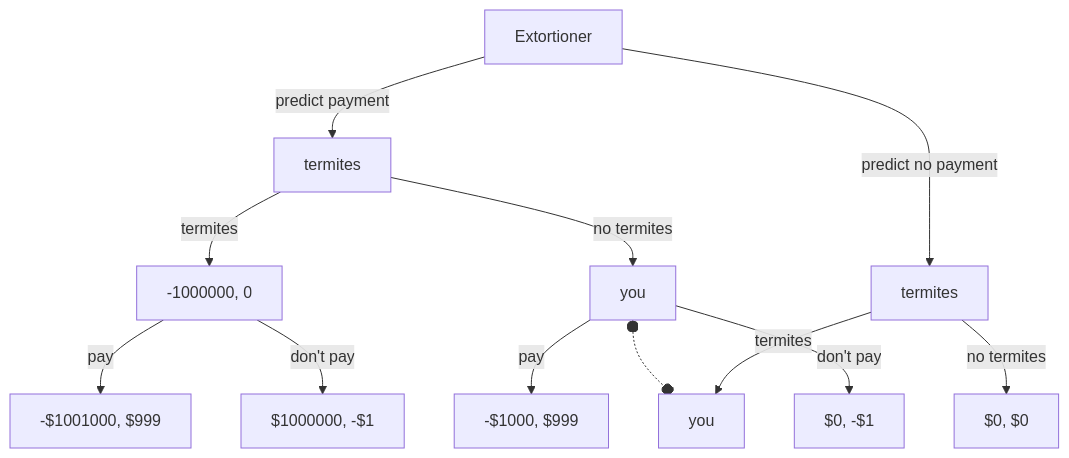
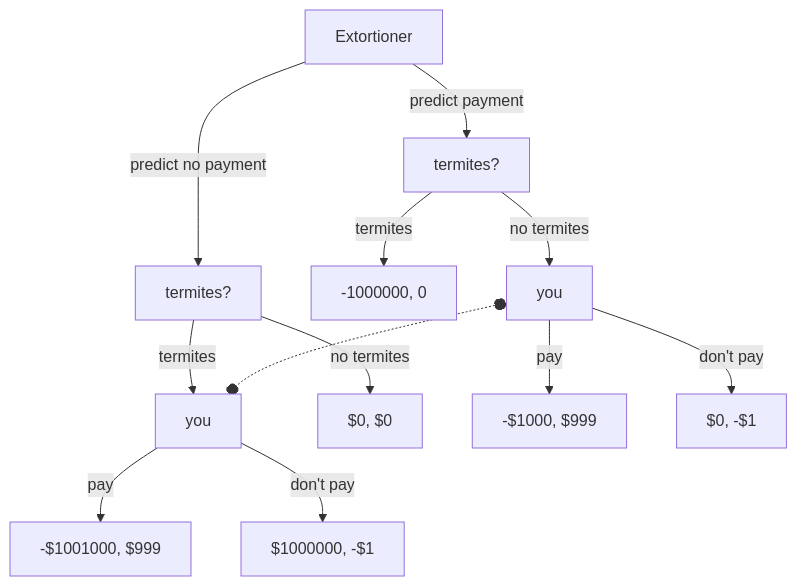
The diagram in docs/problems/termite_extortioner.md (mogar/DecisionTheory), drawn with Mermaid before and after one commit. The commit also changed other lines of this file and 2 other files, not shown here.

Commit message:
smoking lesion, fix termite extensive form

````diff
--- a/docs/problems/termite_extortioner.md
+++ b/docs/problems/termite_extortioner.md
@@ -37,29 +37,29 @@
 ```mermaid
 flowchart TB
-    predictPay["termites"]
-    predictNoPay["termites"]
+    predictPay["termites?"]
+    predictNoPay["termites?"]
 	Extortioner -- "predict payment" --> predictPay
     Extortioner -- "predict no payment" --> predictNoPay
     
     payTermites["-1000000, 0"]
     payNoTermites["you"]
     predictPay -- "termites" --> payTermites
     predictPay -- "no termites" --> payNoTermites
 
     noPayTermites["you"]
     noPayNoTermites["$0, $0"]
     predictNoPay -- "termites" --> noPayTermites
     predictNoPay -- "no termites" --> noPayNoTermites
 
     payNoTermites o-.-o noPayTermites
 
     letterNoTermitesPay["-$1000, $999"]
     letterNoTermitesNoPay["$0, -$1"]
     payNoTermites -- "pay" --> letterNoTermitesPay
     payNoTermites -- "don't pay" --> letterNoTermitesNoPay
 
     letterTermitesPay["-$1001000, $999"]
     letterTermitesNoPay["$1000000, -$1"]
-    payTermites -- "pay" --> letterTermitesPay
-    payTermites -- "don't pay" --> letterTermitesNoPay
+    noPayTermites -- "pay" --> letterTermitesPay
+    noPayTermites -- "don't pay" --> letterTermitesNoPay
 ```
````
